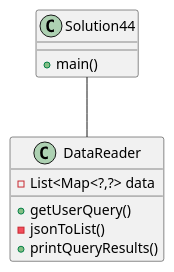
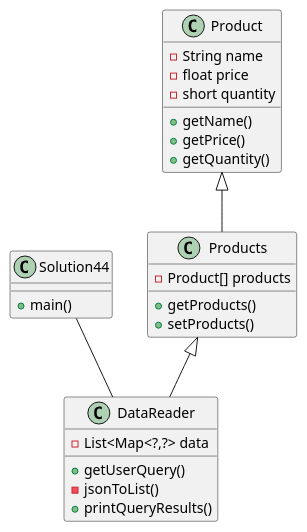
The diagram in exercise44/docs/exercise44_diagram.puml (DavidABeers/beers-a04), drawn with PlantUML before and after one commit. The commit also changed 16 other files, not shown here.

```diff
--- a/exercise44/docs/exercise44_diagram.puml
+++ b/exercise44/docs/exercise44_diagram.puml
@@ -1,14 +1,31 @@
 @startuml
 'https://plantuml.com/sequence-diagram
 
 class Solution44{
 +main()
 }
 class DataReader{
 -List<Map<?,?> data
 +getUserQuery()
 -jsonToList()
 +printQueryResults()
 }
+class Products{
+-Product[] products
++getProducts()
++setProducts()
+}
+class Product{
+-String name
+-float price
+-short quantity
++getName()
++getPrice()
++getQuantity()
+}
+
+
 Solution44 -- DataReader
+Product <|-- Products
+Products <|-- DataReader
 @enduml
```
